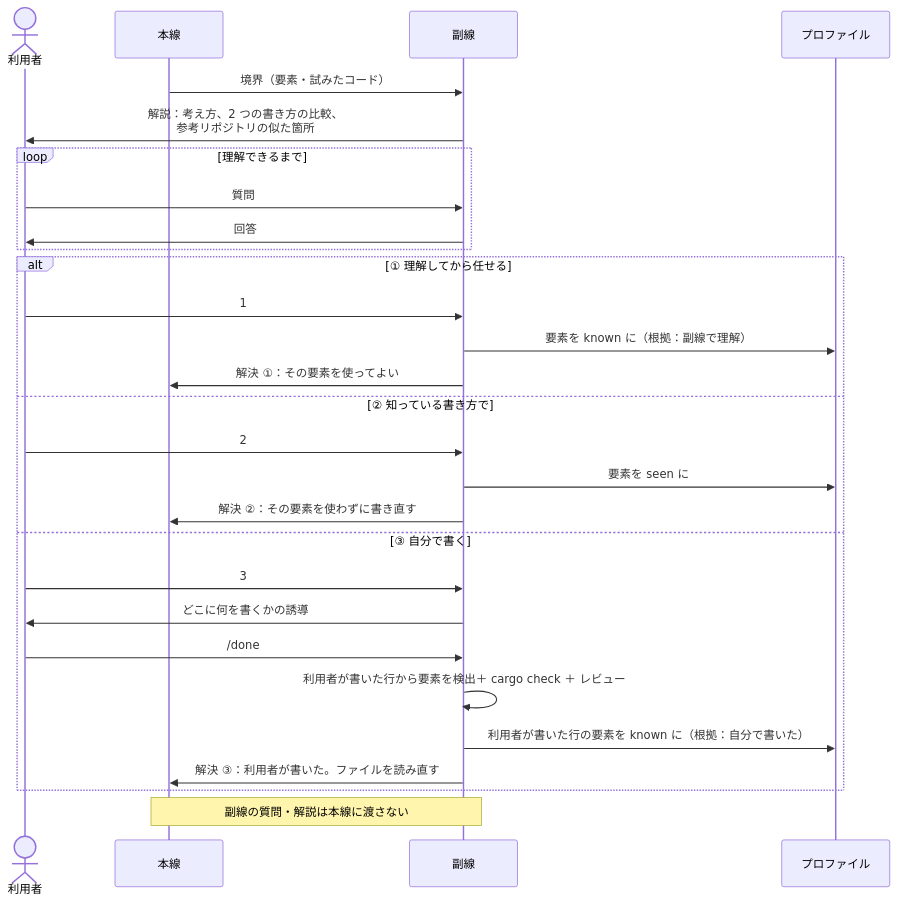
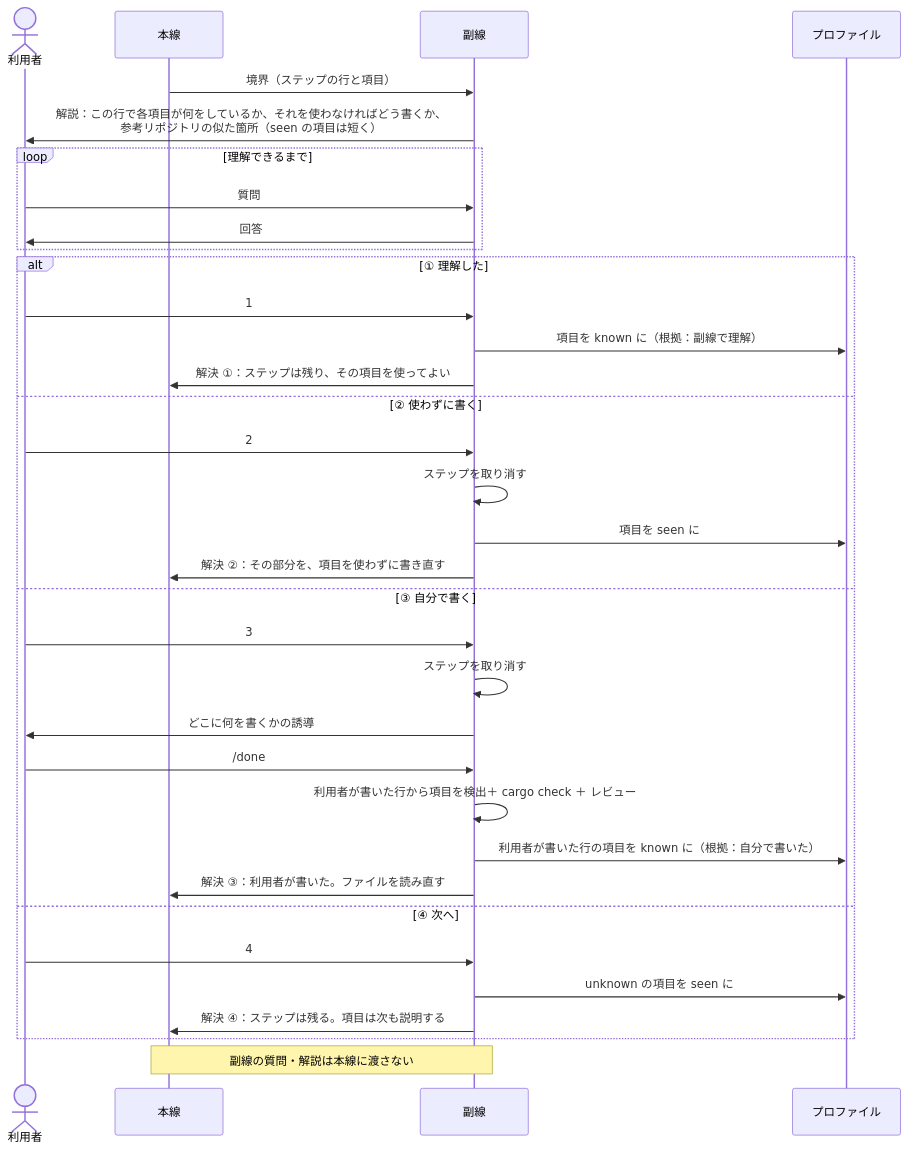
One commit to sumiredc/molt changed the fifth of 9 diagrams in PRD.ja.md. Above: the diagram before and after it, drawn with Mermaid. The commit also changed other lines of this file and 1 other file, not shown here.

````diff
--- a/PRD.ja.md
+++ b/PRD.ja.md
@@ -196,30 +200,36 @@
 ```mermaid
 sequenceDiagram
   actor U as 利用者
   participant M as 本線
   participant S as 副線
   participant P as プロファイル
-  M->>S: 境界（要素・試みたコード）
-  S->>U: 解説：考え方、2 つの書き方の比較、<br/>参考リポジトリの似た箇所
+  M->>S: 境界（ステップの行と項目）
+  S->>U: 解説：この行で各項目が何をしているか、それを使わなければどう書くか、<br/>参考リポジトリの似た箇所（seen の項目は短く）
   loop 理解できるまで
     U->>S: 質問
     S->>U: 回答
   end
-  alt ① 理解してから任せる
+  alt ① 理解した
     U->>S: 1
-    S->>P: 要素を known に（根拠：副線で理解）
-    S->>M: 解決 ①：その要素を使ってよい
-  else ② 知っている書き方で
+    S->>P: 項目を known に（根拠：副線で理解）
+    S->>M: 解決 ①：ステップは残り、その項目を使ってよい
+  else ② 使わずに書く
     U->>S: 2
-    S->>P: 要素を seen に
-    S->>M: 解決 ②：その要素を使わずに書き直す
+    S->>S: ステップを取り消す
+    S->>P: 項目を seen に
+    S->>M: 解決 ②：その部分を、項目を使わずに書き直す
   else ③ 自分で書く
     U->>S: 3
+    S->>S: ステップを取り消す
     S->>U: どこに何を書くかの誘導
     U->>S: /done
-    S->>S: 利用者が書いた行から要素を検出＋ cargo check ＋ レビュー
-    S->>P: 利用者が書いた行の要素を known に（根拠：自分で書いた）
+    S->>S: 利用者が書いた行から項目を検出＋ cargo check ＋ レビュー
+    S->>P: 利用者が書いた行の項目を known に（根拠：自分で書いた）
     S->>M: 解決 ③：利用者が書いた。ファイルを読み直す
+  else ④ 次へ
+    U->>S: 4
+    S->>P: unknown の項目を seen に
+    S->>M: 解決 ④：ステップは残る。項目は次も説明する
   end
   Note over M,S: 副線の質問・解説は本線に渡さない
 ```
````
